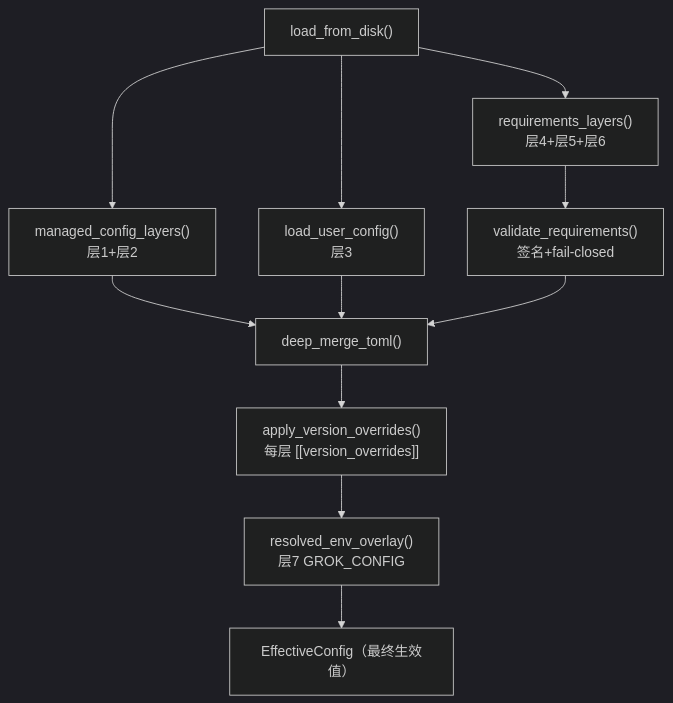
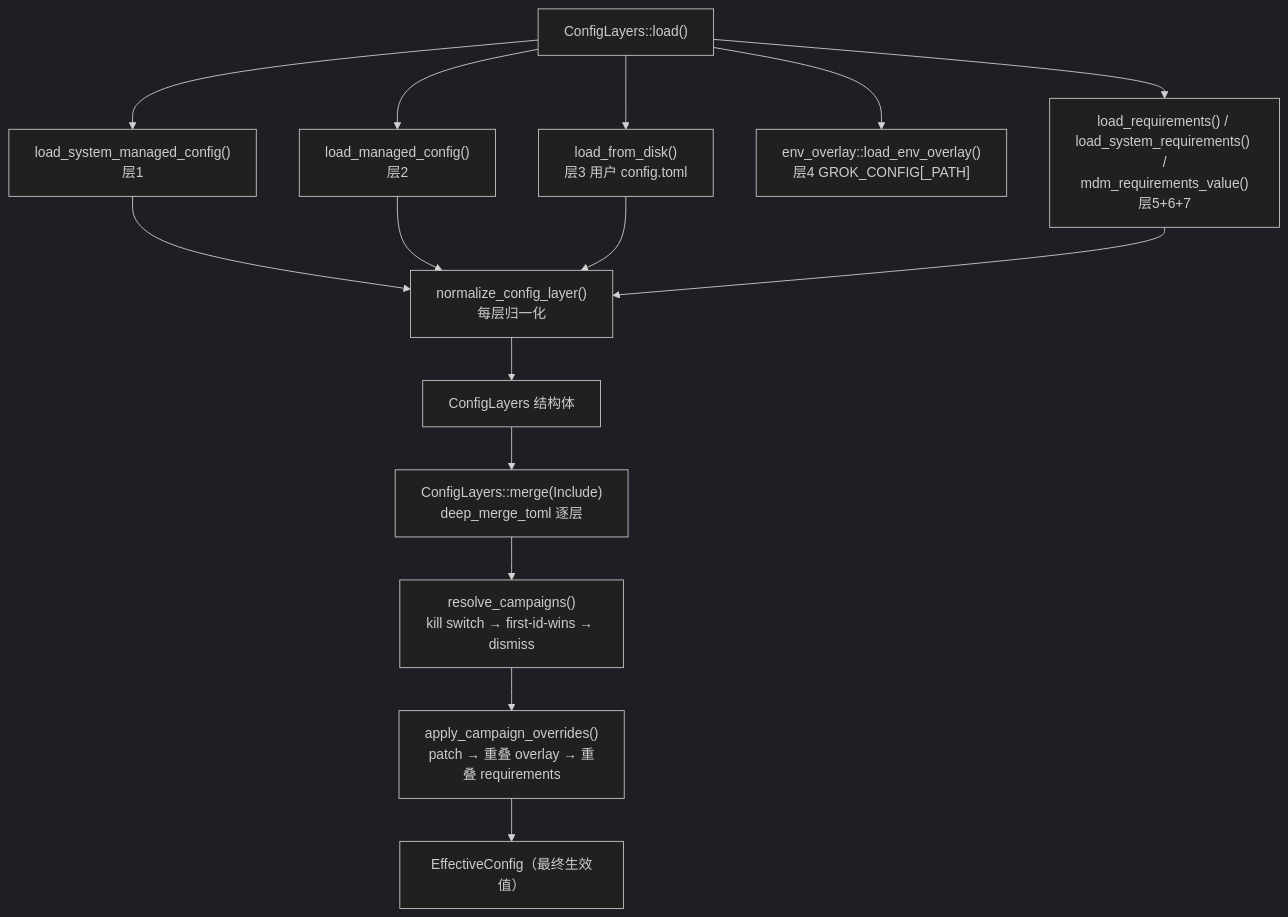
One commit to adrian9778/grok-build changed the first of 2 diagrams in docs/adrian/sourceReader/06-配置与数据流.md. Above: the diagram before and after it, drawn with Mermaid (dark theme). The commit also changed other lines of this file and 18 other files, not shown here.

````diff
--- a/docs/adrian/sourceReader/06-配置与数据流.md
+++ b/docs/adrian/sourceReader/06-配置与数据流.md
@@ -65,13 +80,17 @@
 ```mermaid
 flowchart TD
-    A["load_from_disk()"] --> B["managed_config_layers()<br/>层1+层2"]
-    A --> C["load_user_config()<br/>层3"]
-    A --> D["requirements_layers()<br/>层4+层5+层6"]
-    B --> E["deep_merge_toml()"]
-    C --> E
-    D --> F["validate_requirements()<br/>签名+fail-closed"]
-    F --> E
-    E --> G["apply_version_overrides()<br/>每层 [[version_overrides]]"]
-    G --> H["resolved_env_overlay()<br/>层7 GROK_CONFIG"]
-    H --> I["EffectiveConfig（最终生效值）"]
+    A["ConfigLayers::load()"] --> B["load_system_managed_config()<br/>层1"]
+    A --> C["load_managed_config()<br/>层2"]
+    A --> D["load_from_disk()<br/>层3 用户 config.toml"]
+    A --> E["env_overlay::load_env_overlay()<br/>层4 GROK_CONFIG[_PATH]"]
+    A --> F["load_requirements() / load_system_requirements() /<br/>mdm_requirements_value()<br/>层5+6+7"]
+    B --> G["normalize_config_layer()<br/>每层归一化"]
+    C --> G
+    D --> G
+    F --> G
+    G --> H["ConfigLayers 结构体"]
+    H --> I["ConfigLayers::merge(Include)<br/>deep_merge_toml 逐层"]
+    I --> J["resolve_campaigns()<br/>kill switch → first-id-wins → dismiss"]
+    J --> K["apply_campaign_overrides()<br/>patch → 重叠 overlay → 重叠 requirements"]
+    K --> L["EffectiveConfig（最终生效值）"]
 ```
````
